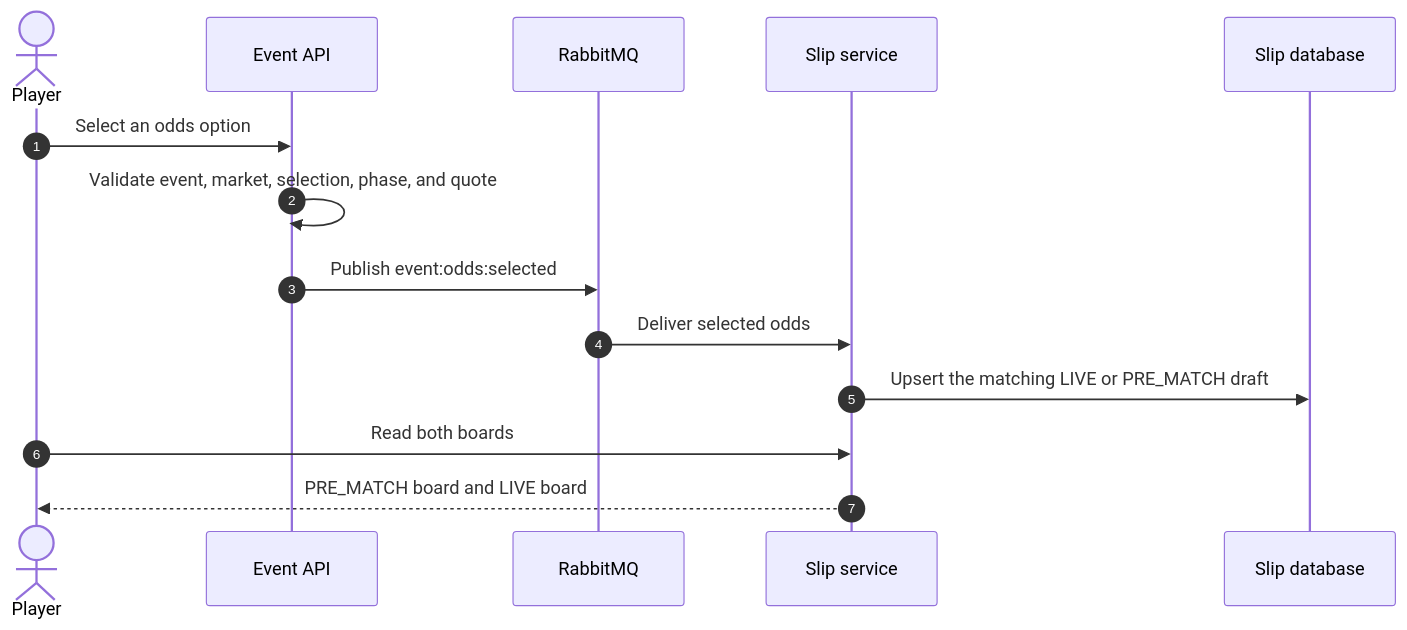
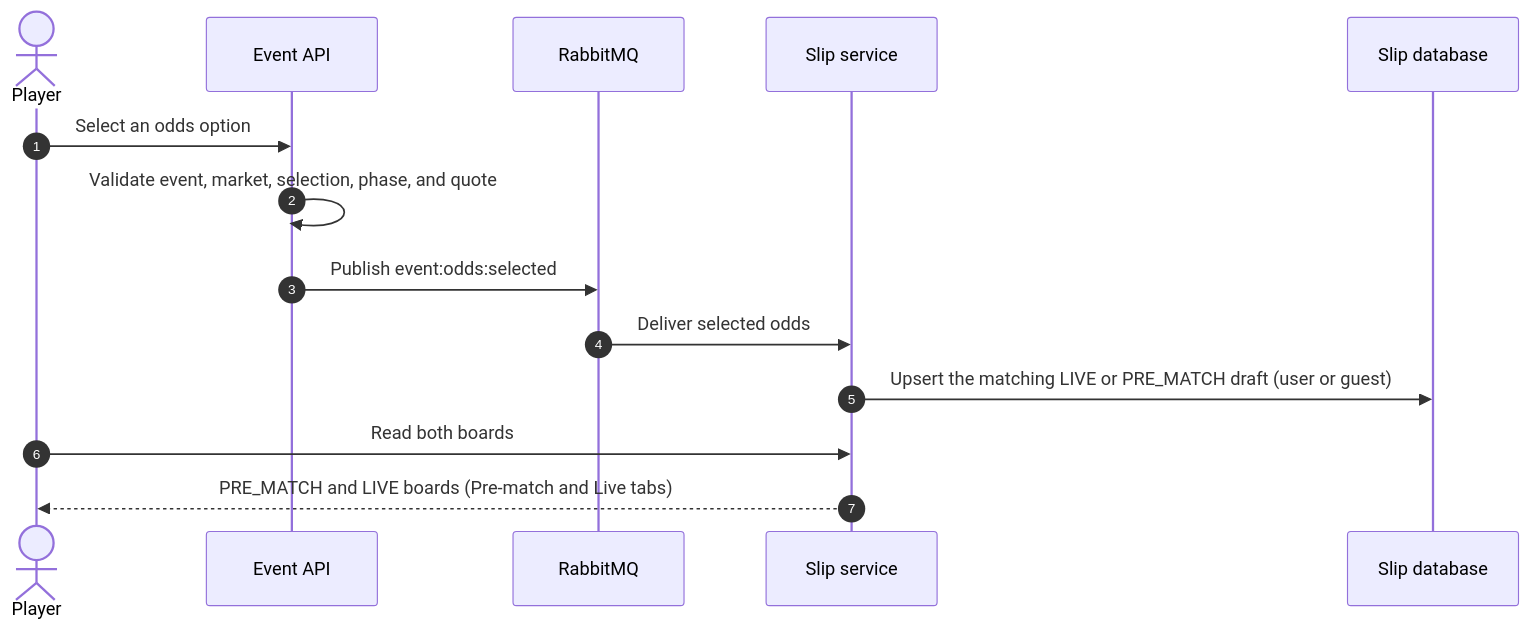
One commit to vasilyevstan/betstan changed the second of 6 diagrams in docs/wiki/Message-Flows.md. Above: the diagram before and after it, drawn with Mermaid. The commit also changed other lines of this file and 66 other files, not shown here.

First line of the commit message:
feat: unified tabbed slip, guest slips, single auth page, forgot password

````diff
--- a/docs/wiki/Message-Flows.md
+++ b/docs/wiki/Message-Flows.md
@@ -182,17 +182,17 @@
 ```mermaid
 sequenceDiagram
     autonumber
     actor Player
     participant Event as Event API
     participant MQ as RabbitMQ
     participant Slip as Slip service
     participant DB as Slip database
 
     Player->>Event: Select an odds option
     Event->>Event: Validate event, market, selection, phase, and quote
     Event->>MQ: Publish event:odds:selected
     MQ->>Slip: Deliver selected odds
-    Slip->>DB: Upsert the matching LIVE or PRE_MATCH draft
+    Slip->>DB: Upsert the matching LIVE or PRE_MATCH draft (user or guest)
     Player->>Slip: Read both boards
-    Slip-->>Player: PRE_MATCH board and LIVE board
+    Slip-->>Player: PRE_MATCH and LIVE boards (Pre-match and Live tabs)
 ```
````
